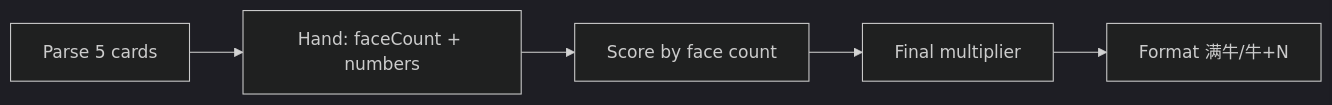
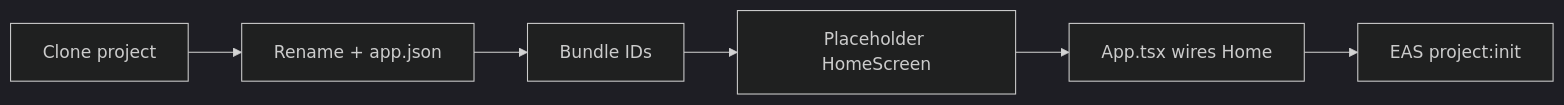
Before and after one commit to streamwhite/databasing-documents-mobile-apps: the first of 4 diagrams in features-logs.md, drawn with Mermaid (dark theme). The commit also changed other lines of this file and 23 other files, not shown here.

Commit message:
Rebrand to databasing-documents-mobile-apps; placeholder Home + tab 我; EAS project; remove niuniu; tab icons + GestureHandlerRootView; Jest/Expo version fixes; ANDROID_HOME docs

````diff
--- a/features-logs.md
+++ b/features-logs.md
@@ -11,7 +10,8 @@
 ```mermaid
 flowchart LR
-  A[Parse 5 cards] --> B[Hand: faceCount + numbers]
-  B --> C[Score by face count]
-  C --> D[Final multiplier]
-  D --> E[Format 满牛/牛+N]
+  A[Clone project] --> B[Rename + app.json]
+  B --> C[Bundle IDs]
+  C --> D[Placeholder HomeScreen]
+  D --> E[App.tsx wires Home]
+  E --> F[EAS project:init]
 ```
````
